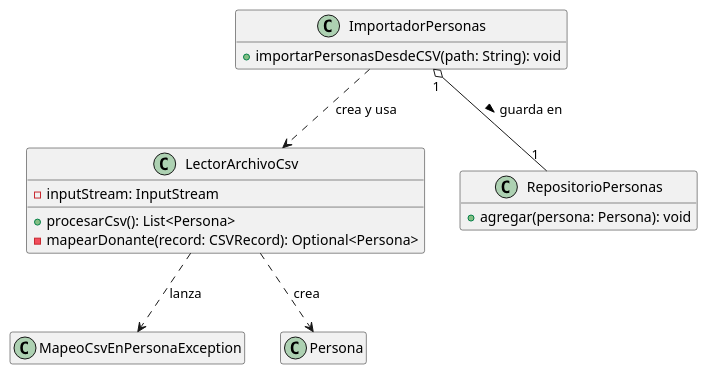
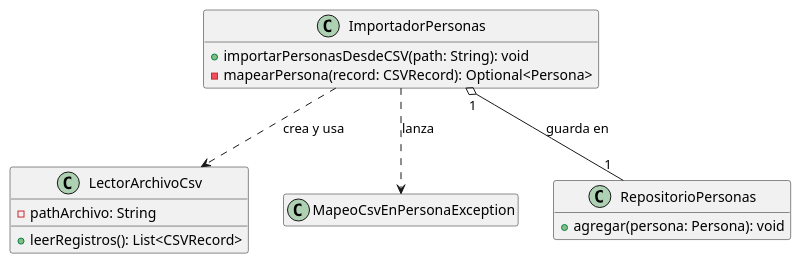
Before and after one commit to santiparis/dona-track: the diagram in documentacion/entrega1/cargaCSV.puml, drawn with PlantUML. The commit also changed 5 other files, not shown here.

Commit message:
Simplifico mas el diseño del importador de csv

```diff
--- a/documentacion/entrega1/cargaCSV.puml
+++ b/documentacion/entrega1/cargaCSV.puml
@@ -1,34 +1,31 @@
 @startuml
 
 ' --- Estilos ---
 hide empty members
 
 ' --- Paquetes ---
 class ImportadorPersonas {
     + importarPersonasDesdeCSV(path: String): void
+    - mapearPersona(record: CSVRecord): Optional<Persona>
 }
 
 class LectorArchivoCsv {
-    - inputStream: InputStream
-    + procesarCsv(): List<Persona>
-    - mapearDonante(record: CSVRecord): Optional<Persona>
+    - pathArchivo: String
+    + leerRegistros(): List<CSVRecord>
 }
 
 class MapeoCsvEnPersonaException {
 }
 
 class RepositorioPersonas {
     + agregar(persona: Persona): void
 }
 
-class Persona {
-}
 
 ' --- Relaciones ---
 
-ImportadorPersonas "1" o-- "1" RepositorioPersonas : guarda en >
+ImportadorPersonas "1" o-- "1" RepositorioPersonas : guarda en
 ImportadorPersonas ..> LectorArchivoCsv : crea y usa
-LectorArchivoCsv ..> MapeoCsvEnPersonaException : lanza
-LectorArchivoCsv ..> Persona : crea
+ImportadorPersonas ..> MapeoCsvEnPersonaException : lanza
 
 @enduml
```
